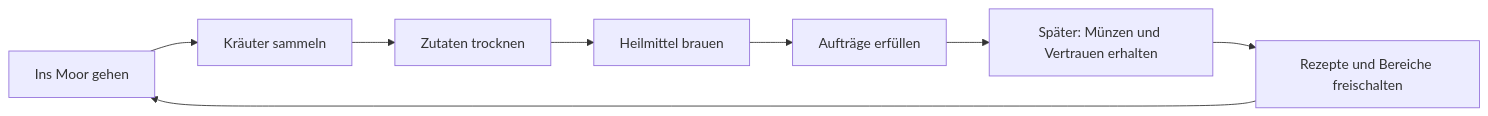
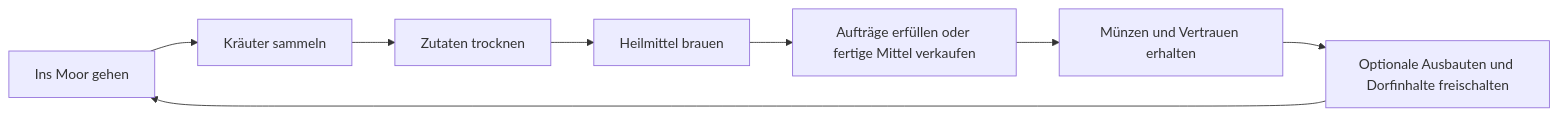
Before and after one commit to Fremarx/Moor-Apotheke: the diagram in GAME_PLAN.md, drawn with Mermaid. The commit also changed other lines of this file and 23 other files, not shown here.

````diff
--- a/GAME_PLAN.md
+++ b/GAME_PLAN.md
@@ -51,10 +55,10 @@
 ```mermaid
 flowchart LR
   A[Ins Moor gehen] --> B[Kräuter sammeln]
   B --> C[Zutaten trocknen]
   C --> D[Heilmittel brauen]
-  D --> E[Aufträge erfüllen]
-  E --> F[Später: Münzen und Vertrauen erhalten]
-  F --> G[Rezepte und Bereiche freischalten]
+  D --> E[Aufträge erfüllen oder fertige Mittel verkaufen]
+  E --> F[Münzen und Vertrauen erhalten]
+  F --> G[Optionale Ausbauten und Dorfinhalte freischalten]
   G --> A
 ```
````
